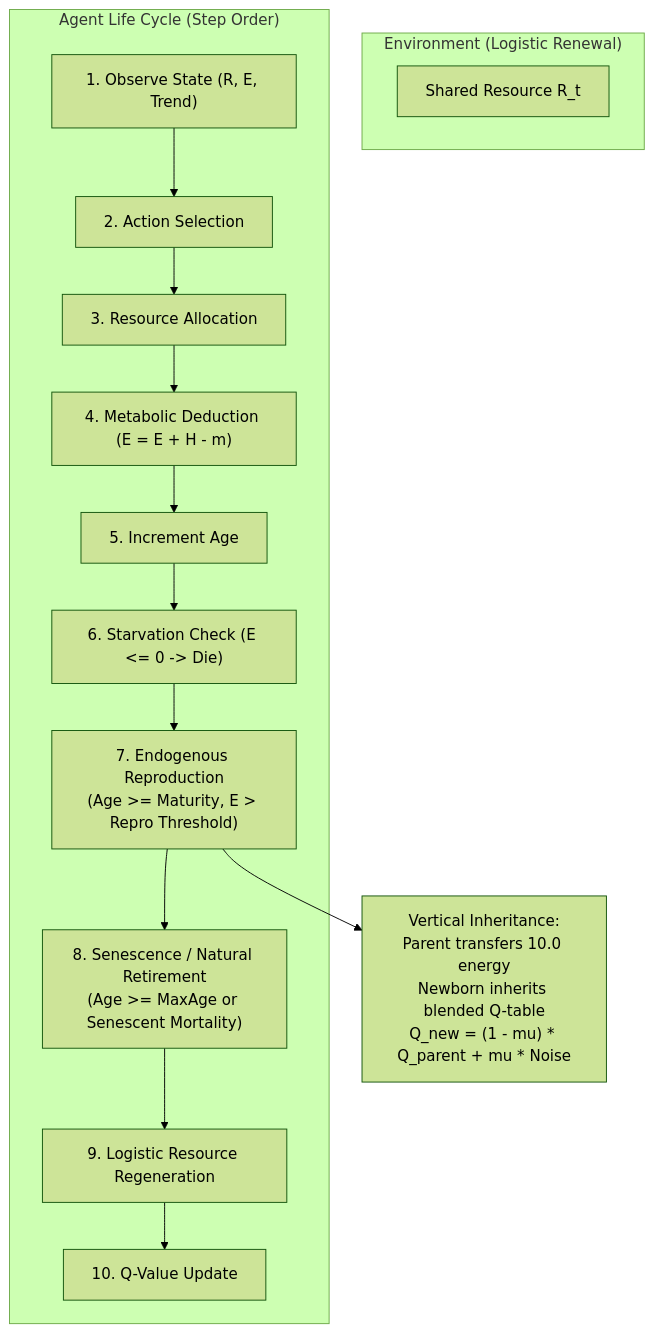
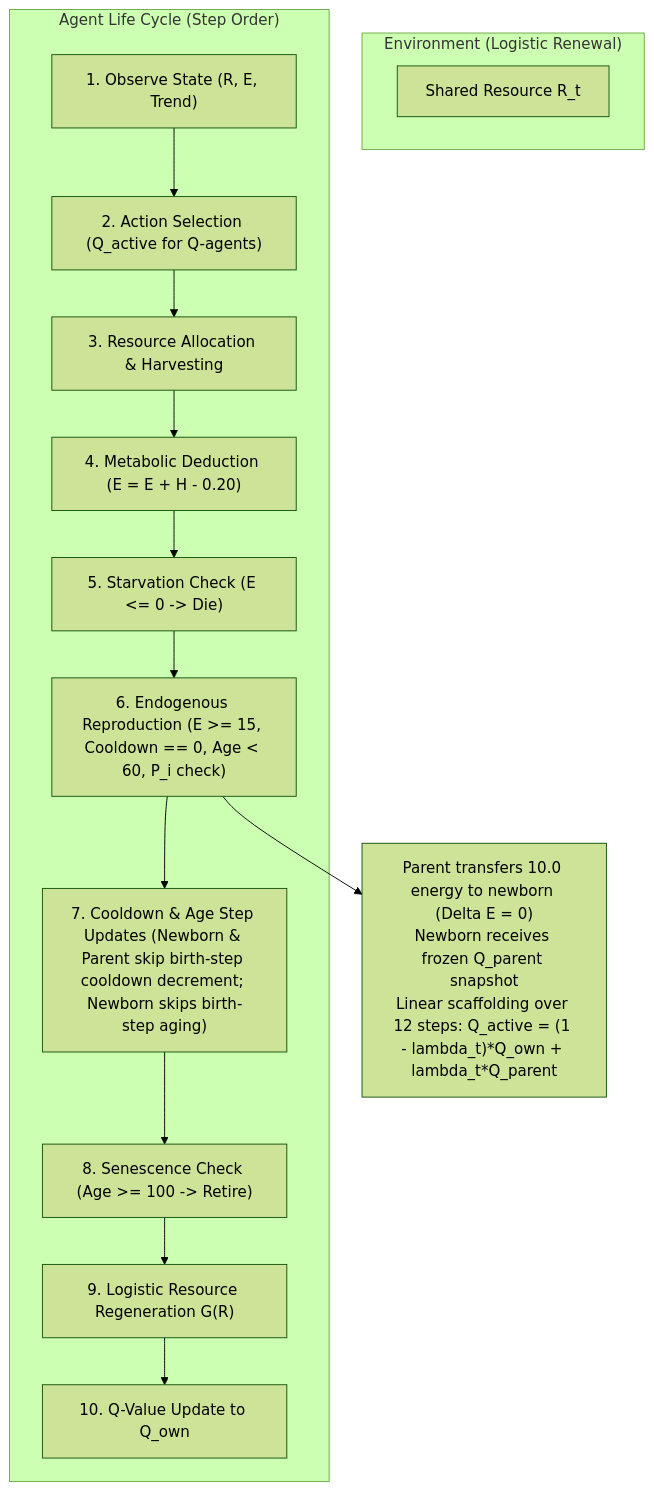
One commit to Nishanth-1008/Research-Project changed the diagram in calibration_logs/version_d/version_d_model_specification.md. Above: the diagram before and after it, drawn with Mermaid (forest theme). The commit also changed other lines of this file and 29 other files, not shown here.

Commit message:
feat: implement simulator_v4 with unified endogenous architecture and add calibration logs

````diff
--- a/calibration_logs/version_d/version_d_model_specification.md
+++ b/calibration_logs/version_d/version_d_model_specification.md
@@ -28,20 +28,20 @@
 ```mermaid
 flowchart TD
     subgraph Env["Environment (Logistic Renewal)"]
         R["Shared Resource R_t"]
     end
     
     subgraph AgentLife["Agent Life Cycle (Step Order)"]
-        Obs["1. Observe State (R, E, Trend)"] --> Act["2. Action Selection"]
-        Act --> Harvest["3. Resource Allocation"]
-        Harvest --> Energy["4. Metabolic Deduction (E = E + H - m)"]
-        Energy --> Age["5. Increment Age"]
-        Age --> Starv["6. Starvation Check (E <= 0 -> Die)"]
-        Starv --> Repro["7. Endogenous Reproduction<br>(Age >= Maturity, E > Repro Threshold)"]
-        Repro --> Retir["8. Senescence / Natural Retirement<br>(Age >= MaxAge or Senescent Mortality)"]
-        Retir --> Regen["9. Logistic Resource Regeneration"]
-        Regen --> QUpdate["10. Q-Value Update"]
+        Obs["1. Observe State (R, E, Trend)"] --> Act["2. Action Selection (Q_active for Q-agents)"]
+        Act --> Harvest["3. Resource Allocation & Harvesting"]
+        Harvest --> Energy["4. Metabolic Deduction (E = E + H - 0.20)"]
+        Energy --> Starv["5. Starvation Check (E <= 0 -> Die)"]
+        Starv --> Repro["6. Endogenous Reproduction (E >= 15, Cooldown == 0, Age < 60, P_i check)"]
+        Repro --> Aging["7. Cooldown & Age Step Updates (Newborn & Parent skip birth-step cooldown decrement; Newborn skips birth-step aging)"]
+        Aging --> Retir["8. Senescence Check (Age >= 100 -> Retire)"]
+        Retir --> Regen["9. Logistic Resource Regeneration G(R)"]
+        Regen --> QUpdate["10. Q-Value Update to Q_own"]
     end
     
-    Repro --> Inherit["Vertical Inheritance:<br>Parent transfers 10.0 energy<br>Newborn inherits blended Q-table<br>Q_new = (1 - mu) * Q_parent + mu * Noise"]
+    Repro --> Inherit["Parent transfers 10.0 energy to newborn (Delta E = 0)<br>Newborn receives frozen Q_parent snapshot<br>Linear scaffolding over 12 steps: Q_active = (1 - lambda_t)*Q_own + lambda_t*Q_parent"]
 ```
````
